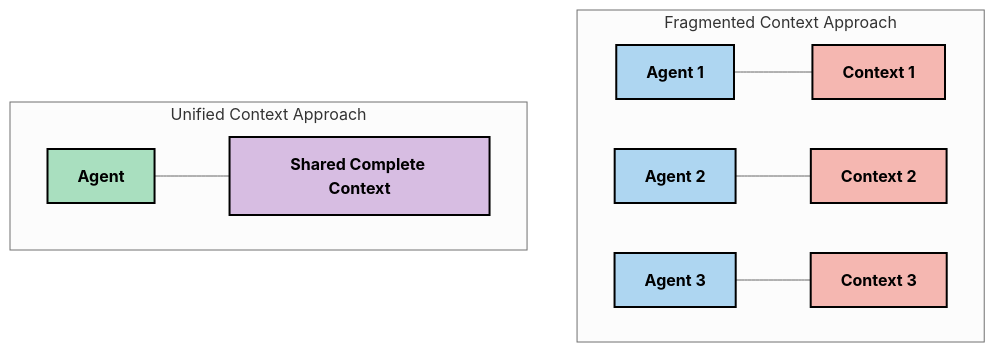
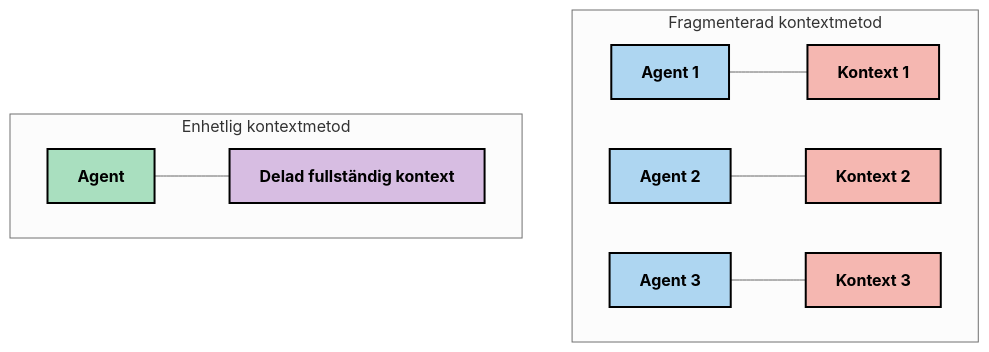
The second of 6 diagrams in mcp_ecosystem__model_context_protocol/mcp_learning_resources/mcp-for-beginners/translations/sv/05-AdvancedTopics/mcp-contextengineering/README.md (HIDORAKAI002/ai-workspace-archive), drawn with Mermaid (neutral theme) before and after one commit. The commit also changed other lines of this file and 1046 other files, not shown here.

````diff
--- a/mcp_ecosystem__model_context_protocol/mcp_learning_resources/mcp-for-beginners/translations/sv/05-AdvancedTopics/mcp-contextengineering/README.md
+++ b/mcp_ecosystem__model_context_protocol/mcp_learning_resources/mcp-for-beginners/translations/sv/05-AdvancedTopics/mcp-contextengineering/README.md
@@ -72,21 +73,21 @@
 ```mermaid
 graph TD
-    subgraph "Fragmented Context Approach"
-    A1[Agent 1] --- C1[Context 1]
-    A2[Agent 2] --- C2[Context 2]
-    A3[Agent 3] --- C3[Context 3]
+    subgraph "Fragmenterad kontextmetod"
+    A1[Agent 1] --- C1[Kontext 1]
+    A2[Agent 2] --- C2[Kontext 2]
+    A3[Agent 3] --- C3[Kontext 3]
     end
     
-    subgraph "Unified Context Approach"
-    B1[Agent] --- D1[Shared Complete Context]
+    subgraph "Enhetlig kontextmetod"
+    B1[Agent] --- D1[Delad fullständig kontext]
     end
     
     style A1 fill:#AED6F1,stroke:#000000,stroke-width:2px,color:#000000,font-weight:bold
     style A2 fill:#AED6F1,stroke:#000000,stroke-width:2px,color:#000000,font-weight:bold
     style A3 fill:#AED6F1,stroke:#000000,stroke-width:2px,color:#000000,font-weight:bold
     style B1 fill:#A9DFBF,stroke:#000000,stroke-width:2px,color:#000000,font-weight:bold
     style C1 fill:#F5B7B1,stroke:#000000,stroke-width:2px,color:#000000,font-weight:bold
     style C2 fill:#F5B7B1,stroke:#000000,stroke-width:2px,color:#000000,font-weight:bold
     style C3 fill:#F5B7B1,stroke:#000000,stroke-width:2px,color:#000000,font-weight:bold
     style D1 fill:#D7BDE2,stroke:#000000,stroke-width:2px,color:#000000,font-weight:bold
 ```
````
